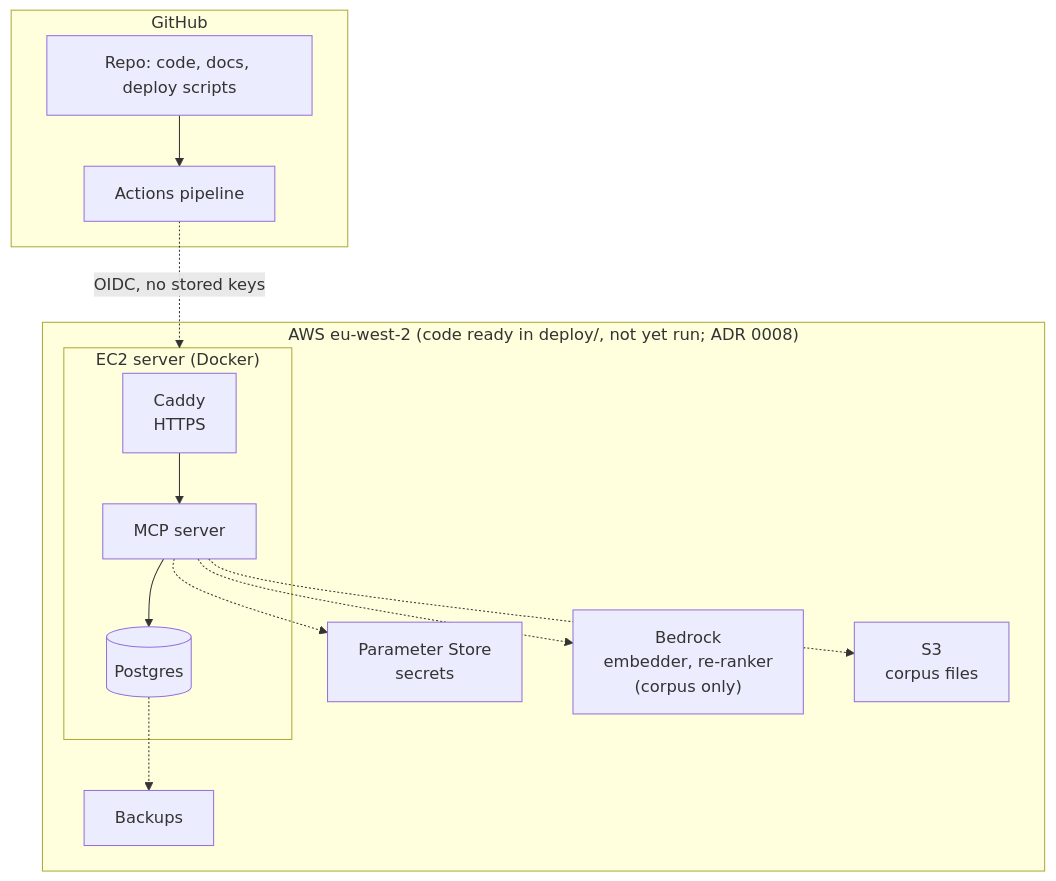
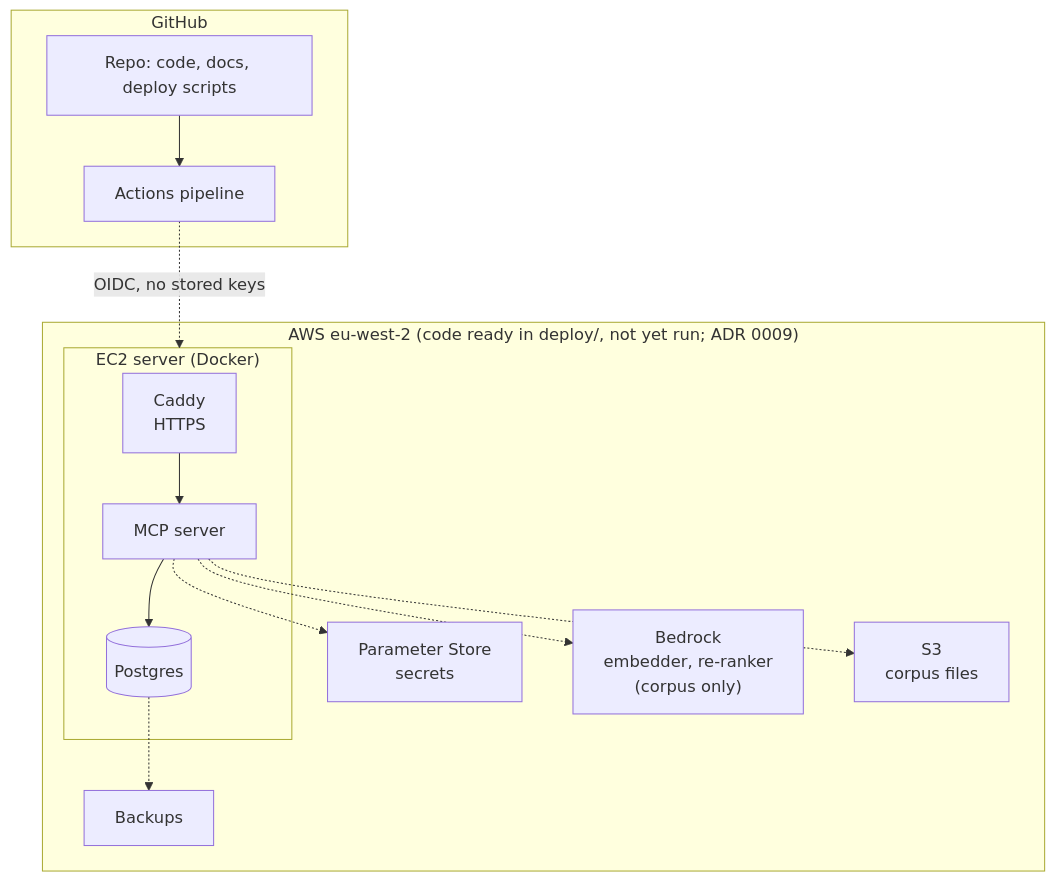
The second of 3 diagrams in architecture/ARCHITECTURE.md (florinmarcus/builders_lab), drawn with Mermaid before and after one commit. The commit also changed 8 other files, not shown here.

First line of the commit message:
Deploy: scoped IAM policy for the deploy user; renumber EC2 deploy ADR to 0009 (corpus merge also used 0008)

````diff
--- a/architecture/ARCHITECTURE.md
+++ b/architecture/ARCHITECTURE.md
@@ -41,24 +41,24 @@
 ```mermaid
 flowchart TB
     subgraph gh["GitHub"]
         repo["Repo: code, docs, deploy scripts"]
         ci["Actions pipeline"]
     end
 
-    subgraph aws["AWS eu-west-2 (code ready in deploy/, not yet run; ADR 0008)"]
+    subgraph aws["AWS eu-west-2 (code ready in deploy/, not yet run; ADR 0009)"]
         subgraph ec2["EC2 server (Docker)"]
             caddy["Caddy<br/>HTTPS"] --> app["MCP server"] --> pg[("Postgres")]
         end
         ssm["Parameter Store<br/>secrets"]
         backup["Backups"]
         bedrock["Bedrock<br/>embedder, re-ranker<br/>(corpus only)"]
         s3["S3<br/>corpus files"]
     end
 
     repo --> ci
     ci -.->|"OIDC, no stored keys"| ec2
     app -.-> ssm
     pg -.-> backup
     app -.-> bedrock
     app -.-> s3
 ```
````
